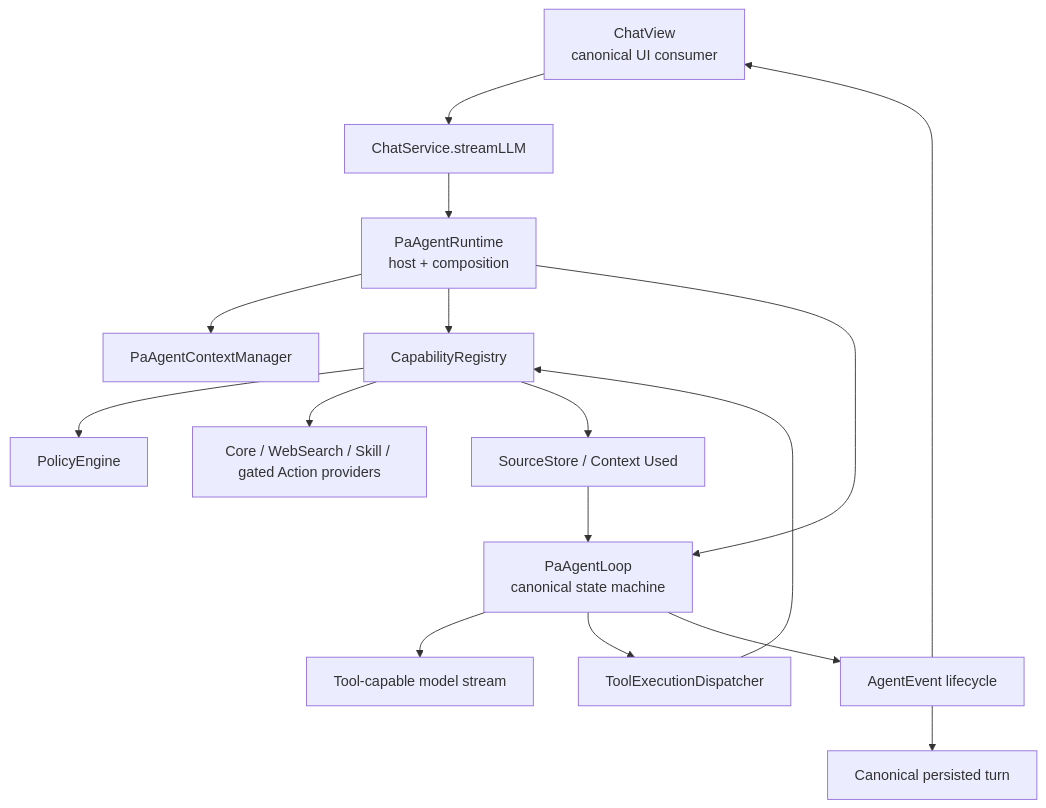
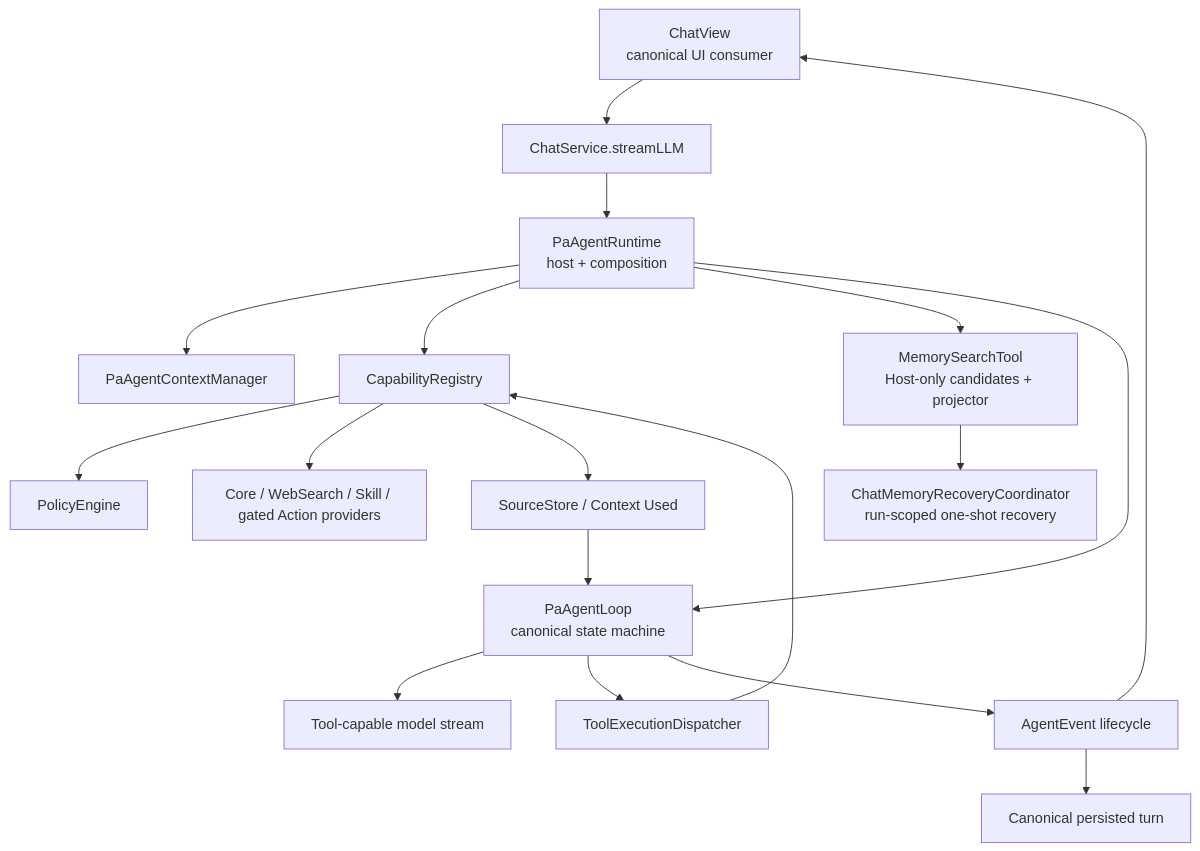
The diagram in docs/architecture/pa-agent-architecture-plan.md (edonyzpc/personal-assistant), drawn with Mermaid before and after one commit. The commit also changed other lines of this file and 205 other files, not shown here.

````diff
--- a/docs/architecture/pa-agent-architecture-plan.md
+++ b/docs/architecture/pa-agent-architecture-plan.md
@@ -23,27 +23,30 @@
 ```mermaid
 flowchart TD
   ChatView["ChatView\ncanonical UI consumer"]
   ChatService["ChatService.streamLLM"]
   Runtime["PaAgentRuntime\nhost + composition"]
   Context["PaAgentContextManager"]
   Registry["CapabilityRegistry"]
   Policy["PolicyEngine"]
   Providers["Core / WebSearch / Skill / gated Action providers"]
   Loop["PaAgentLoop\ncanonical state machine"]
   Model["Tool-capable model stream"]
   Dispatcher["ToolExecutionDispatcher"]
   Sources["SourceStore / Context Used"]
+  Memory["MemorySearchTool\nHost-only candidates + projector"]
+  Recovery["ChatMemoryRecoveryCoordinator\nrun-scoped one-shot recovery"]
   Events["AgentEvent lifecycle"]
   History["Canonical persisted turn"]
 
   ChatView --> ChatService --> Runtime
   Runtime --> Context
   Runtime --> Registry --> Policy
+  Runtime --> Memory --> Recovery
   Registry --> Providers
   Runtime --> Loop --> Model
   Loop --> Dispatcher --> Registry
   Registry --> Sources
   Sources --> Loop
   Loop --> Events --> ChatView
   Events --> History
 ```
````
